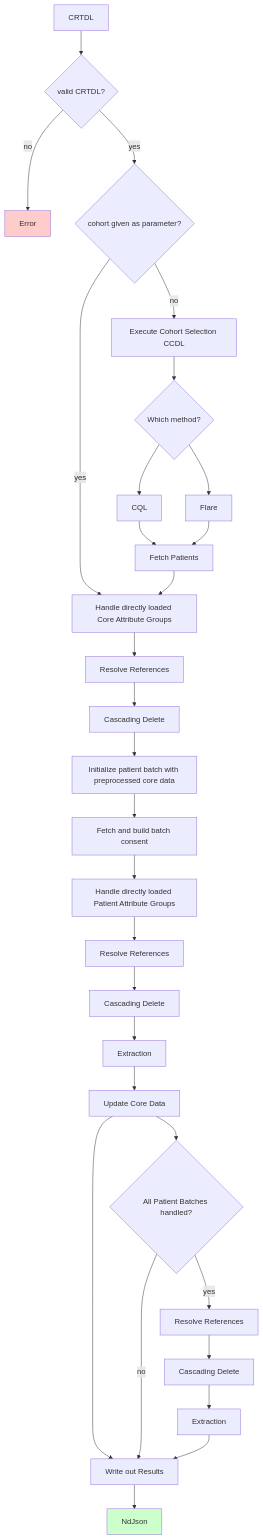
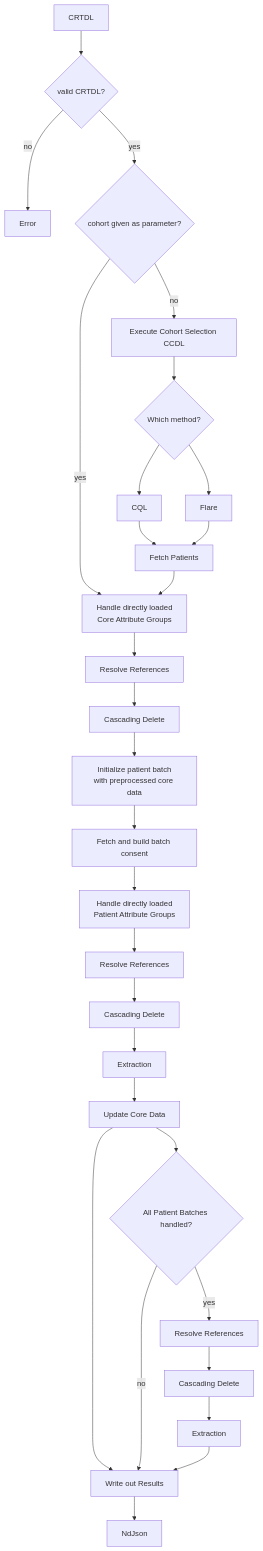
Before and after one commit to medizininformatik-initiative/torch: the diagram in docs/implementation/implementation-overview.md, drawn with Mermaid. The commit also changed 9 other files, not shown here.

````diff
--- a/docs/implementation/implementation-overview.md
+++ b/docs/implementation/implementation-overview.md
@@ -23,33 +23,33 @@
 ```mermaid
 flowchart TD
     A[CRTDL] --> B{valid CRTDL?}
     B -->|no| C[Error]
     B -->|yes| D{cohort given as parameter?}
     D -->|no| E[Execute Cohort Selection CCDL]
-    D -->|yes| F[Handle directly loaded Core Attribute Groups]
+    D -->|yes| F["Handle directly loaded<br/>Core Attribute Groups"]
     E --> G{Which method?}
     G --> H[CQL]
     G --> I[Flare]
     H --> J[Fetch Patients]
     I --> J
     J --> F
     F --> K[Resolve References]
     K --> L[Cascading Delete]
-    L --> M[Initialize patient batch with preprocessed core data]
+    L --> M["Initialize patient batch<br/>with preprocessed core data"]
     M --> N[Fetch and build batch consent]
-    N --> O[Handle directly loaded Patient Attribute Groups]
+    N --> O["Handle directly loaded<br/>Patient Attribute Groups"]
     O --> P[Resolve References]
     P --> Q[Cascading Delete]
     Q --> R[Extraction]
     R --> S[Update Core Data]
     S --> T[Write out Results]
     T --> U[NdJson]
     S --> V{All Patient Batches handled?}
     V -->|yes| W[Resolve References]
     V -->|no| T
     W --> X[Cascading Delete]
     X --> Y[Extraction]
     Y --> T
-    style C fill: #ffcccc
-    style U fill: #ccffcc
+    class C errorNode
+    class U successNode
 ```
````
